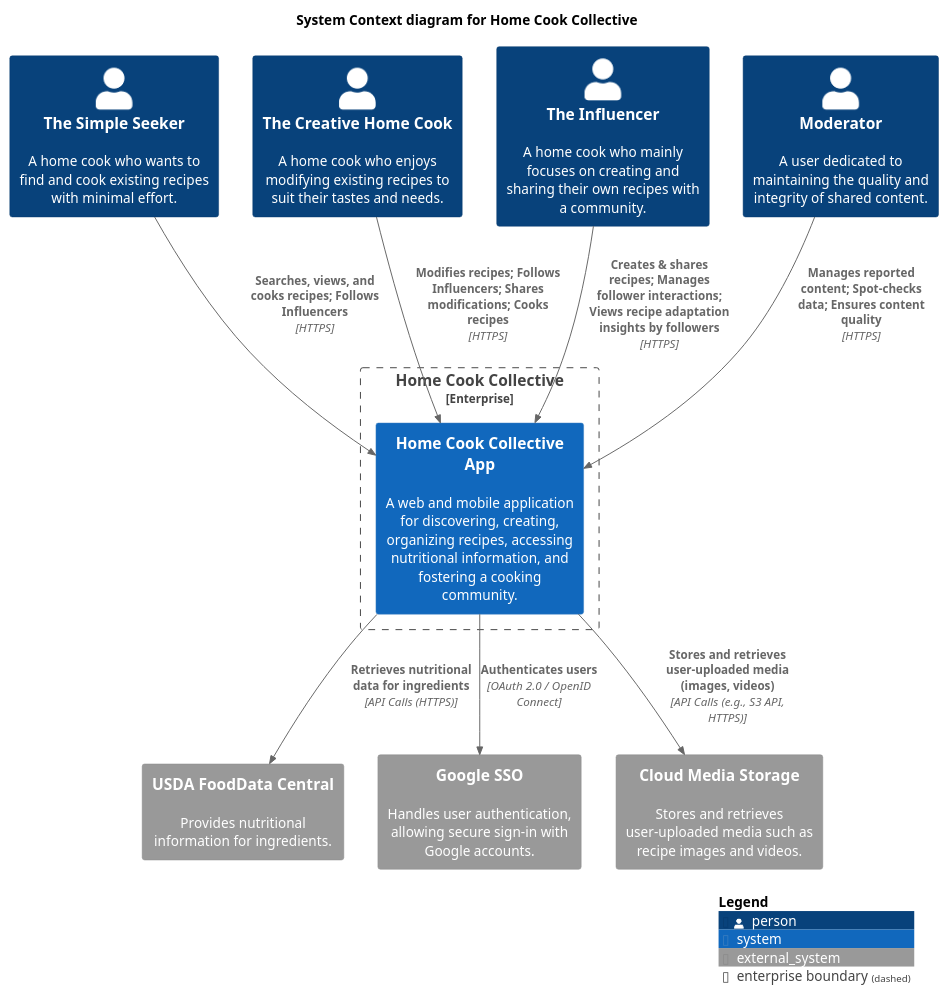
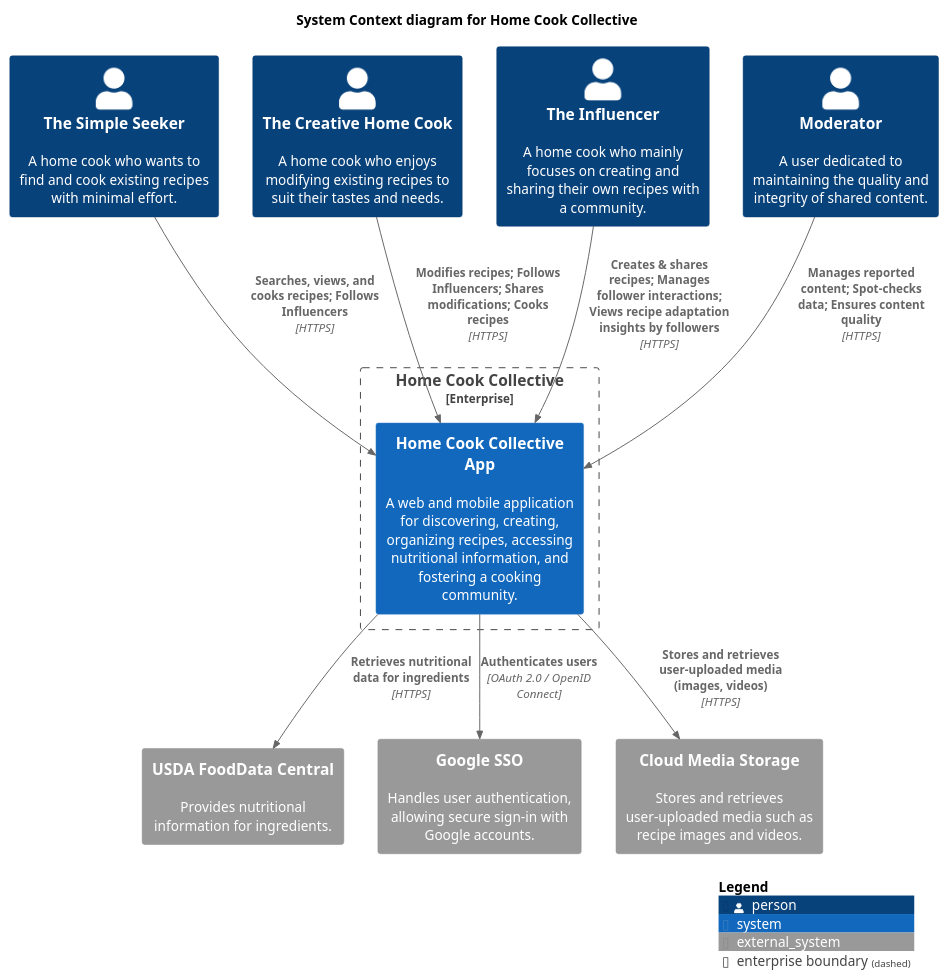
Before and after one commit to darius-despain/SE577-SoftwareArchitecture: the diagram in diagrams/src/hcc-context.puml, drawn with PlantUML.

Commit message:
refined context diagram, mostly final now

```diff
--- a/diagrams/src/hcc-context.puml
+++ b/diagrams/src/hcc-context.puml
@@ -1,30 +1,32 @@
 @startuml "Home-Cook-Collective-Context"
 !include ../C4_Container.puml
 title System Context diagram for Home Cook Collective
 
+' Personas
 Person(simple_seeker, "The Simple Seeker", "A home cook who wants to find and cook existing recipes with minimal effort.")
 Person(creative_cook, "The Creative Home Cook", "A home cook who enjoys modifying existing recipes to suit their tastes and needs.")
 Person(influencer, "The Influencer", "A home cook who mainly focuses on creating and sharing their own recipes with a community.")
 Person(moderator, "Moderator", "A user dedicated to maintaining the quality and integrity of shared content.")
 
 Enterprise_Boundary(home_cook_collective, "Home Cook Collective") {
     System(hcc_app, "Home Cook Collective App", "A web and mobile application for discovering, creating, organizing recipes, accessing nutritional information, and fostering a cooking community.")
 }
 
+' External Systems
 System_Ext(usda_food_data, "USDA FoodData Central","Provides nutritional information for ingredients.")
 System_Ext(google_sso, "Google SSO", "Handles user authentication, allowing secure sign-in with Google accounts.")
 System_Ext(media_storage, "Cloud Media Storage", "Stores and retrieves user-uploaded media such as recipe images and videos.")
 
 ' Persona to System Relationships
 Rel(simple_seeker, hcc_app, "Searches, views, and cooks recipes; Follows Influencers", "HTTPS")
 Rel(creative_cook, hcc_app, "Modifies recipes; Follows Influencers; Shares modifications; Cooks recipes", "HTTPS")
 Rel(influencer, hcc_app, "Creates & shares recipes; Manages follower interactions; Views recipe adaptation insights by followers", "HTTPS")
 Rel(moderator, hcc_app, "Manages reported content; Spot-checks data; Ensures content quality", "HTTPS")
 
 ' System to External System Relationships
 Rel(hcc_app, google_sso, "Authenticates users", "OAuth 2.0 / OpenID Connect")
-Rel(hcc_app, media_storage, "Stores and retrieves user-uploaded media (images, videos)", "API Calls (e.g., S3 API, HTTPS)")
-Rel(hcc_app, usda_food_data, "Retrieves nutritional data for ingredients", "API Calls (HTTPS)")
+Rel(hcc_app, media_storage, "Stores and retrieves user-uploaded media (images, videos)", "HTTPS")
+Rel(hcc_app, usda_food_data, "Retrieves nutritional data for ingredients", "HTTPS")
 
 SHOW_LEGEND()
 @enduml
```
